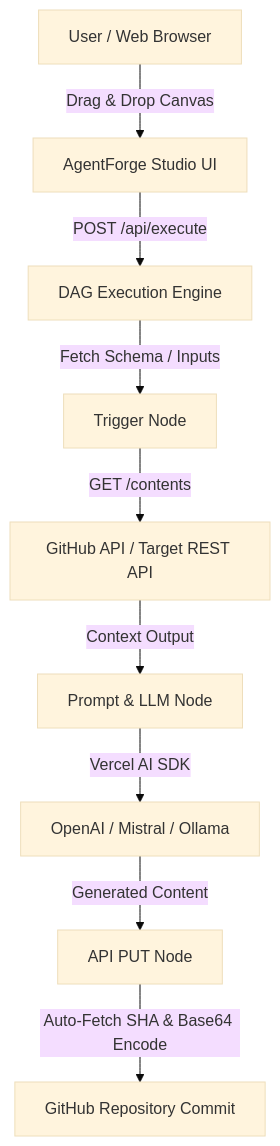
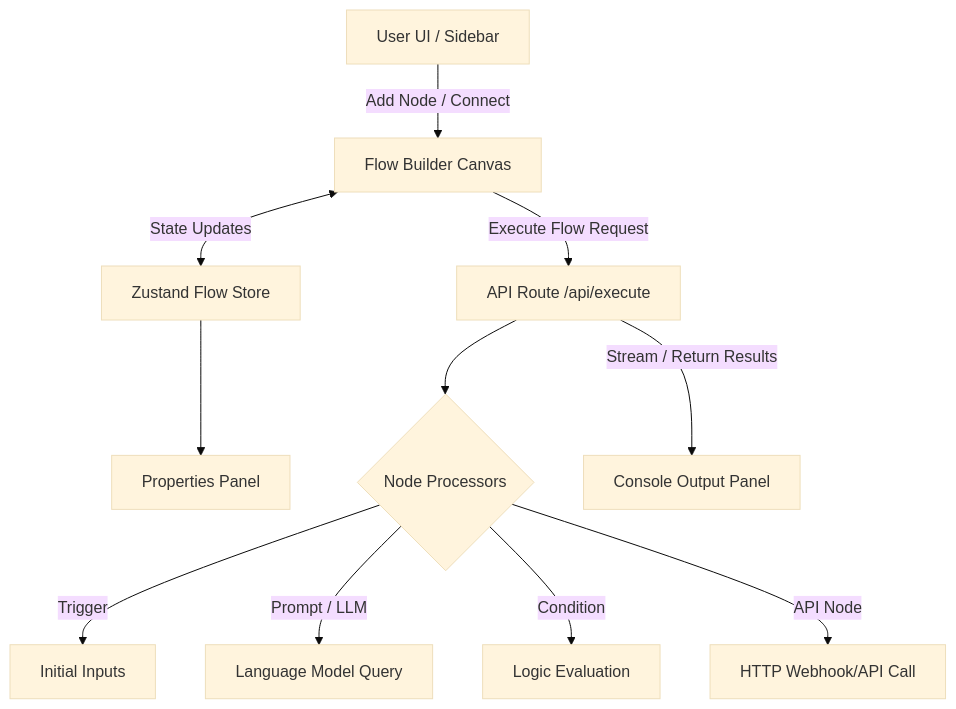
The diagram in README.md (auysh8/agentforge-studio), drawn with Mermaid (base theme) before and after one commit. The commit also changed other lines of this file, not shown here.

Commit message:
docs: update README.md via AgentForge 🚀

````diff
--- a/README.md
+++ b/README.md
@@ -49,11 +76,13 @@
 ```mermaid
 graph TD
-    A[User / Web Browser] -->|Drag & Drop Canvas| B[AgentForge Studio UI]
-    B -->|POST /api/execute| C[DAG Execution Engine]
-    C -->|Fetch Schema / Inputs| D[Trigger Node]
-    D -->|GET /contents| E[GitHub API / Target REST API]
-    E -->|Context Output| F[Prompt & LLM Node]
-    F -->|Vercel AI SDK| G[OpenAI / Mistral / Ollama]
-    G -->|Generated Content| H[API PUT Node]
-    H -->|Auto-Fetch SHA & Base64 Encode| I[GitHub Repository Commit]
+    A[User UI / Sidebar] -->|Add Node / Connect| B[Flow Builder Canvas]
+    B <-->|State Updates| C[Zustand Flow Store]
+    C --> D[Properties Panel]
+    B -->|Execute Flow Request| E[API Route /api/execute]
+    E --> F{Node Processors}
+    F -->|Trigger| G[Initial Inputs]
+    F -->|Prompt / LLM| H[Language Model Query]
+    F -->|Condition| I[Logic Evaluation]
+    F -->|API Node| J[HTTP Webhook/API Call]
+    E -->|Stream / Return Results| K[Console Output Panel]
 ```
````
